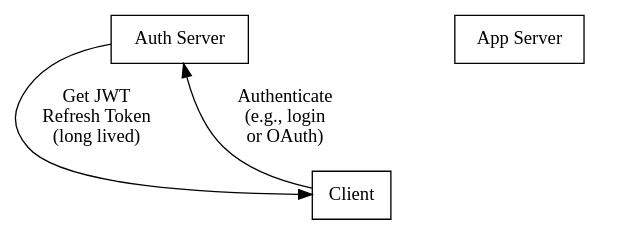
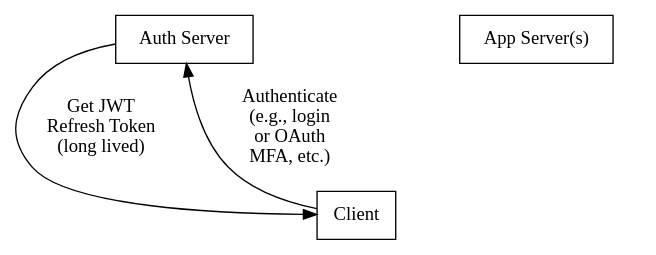
The sixth of 10 diagrams in docs/slides.org (aocks/ox_jwt), drawn with Graphviz before and after one commit. The commit also changed other lines of this file and 8 other files, not shown here.

```diff
--- a/docs/slides.org
+++ b/docs/slides.org
@@ -656,28 +715,28 @@
 #+begin_src dot :cmdline -Kdot -Tjpg :exports results :file images/jwt-get-refresh.jpg :eval never-export
 
 
 digraph auth_system {
     // Define subgraphs
     subgraph top {
         rank=same;
         AuthServer [label="Auth Server", shape=box];
         hidden [style=invis];
-        AppServer [label="App Server", shape=box];
+        AppServer [label="App Server(s)", shape=box];
     }
 
     subgraph bottom {
         rank=same;
         Client [label="Client", shape=box];
     }
 
     // Define connections
     AuthServer -> Client [label="Get JWT\nRefresh Token\n(long lived)", constraint=false, splines=ortho];
-    Client -> AuthServer [label="Authenticate\n(e.g., login\nor OAuth)", constraint=false, splines=ortho];
+    Client -> AuthServer [label="Authenticate\n(e.g., login\nor OAuth\nMFA, etc.)", constraint=false, splines=ortho];
     Client -> AppServer [label="Send JWT to\nRequest Service", constraint=false, splines=ortho, style=invis];
 
     // Define hidden edges to force layout
     AuthServer -> hidden [style=invis];
     hidden -> AppServer [style=invis];
     hidden -> Client [style=invis];
 }
 #+END_SRC
```
